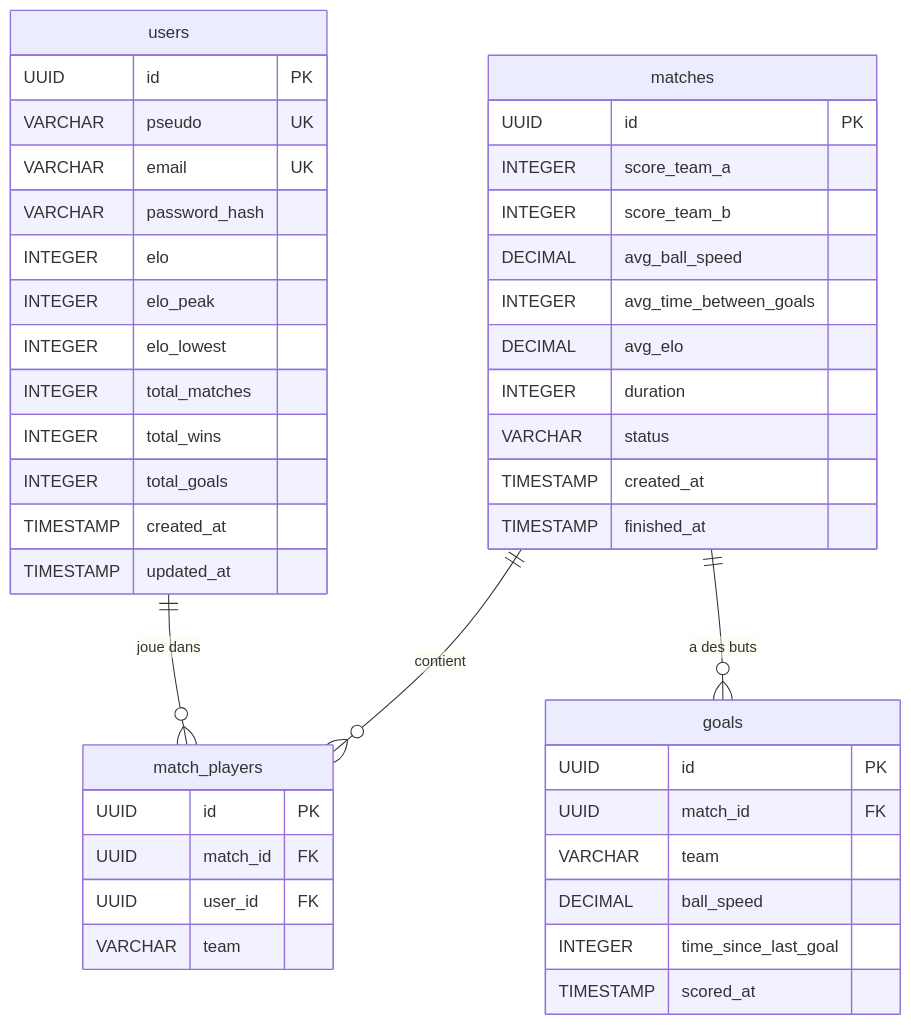
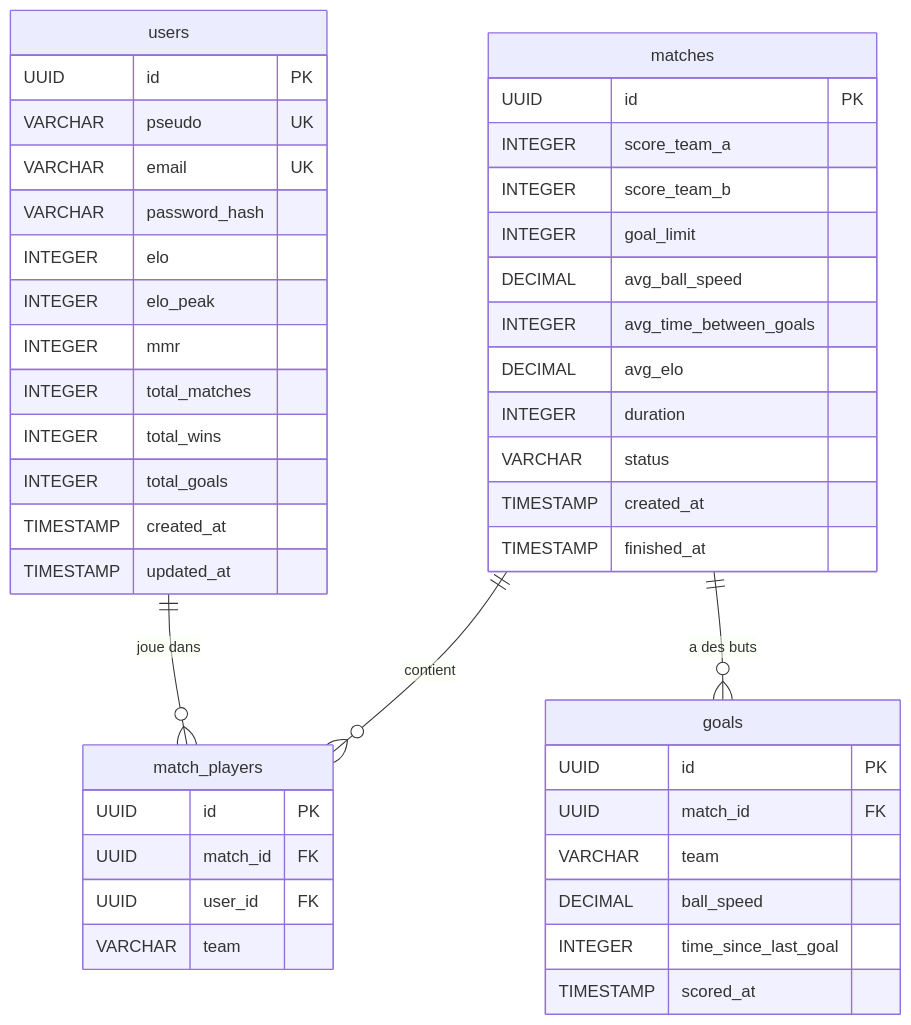
One commit to SemiSteria/BeeFootFlow_Back changed the diagram in database/schema.md. Above: the diagram before and after it, drawn with Mermaid. The commit also changed 2 other files, not shown here.

Commit message:
feat: ajout MMR, pic elo et limite 10 buts

````diff
--- a/database/schema.md
+++ b/database/schema.md
@@ -3,50 +3,51 @@
 ```mermaid
 erDiagram
     users {
         UUID id PK
         VARCHAR pseudo UK
         VARCHAR email UK
         VARCHAR password_hash
         INTEGER elo
         INTEGER elo_peak
-        INTEGER elo_lowest
+        INTEGER mmr
         INTEGER total_matches
         INTEGER total_wins
         INTEGER total_goals
         TIMESTAMP created_at
         TIMESTAMP updated_at
     }
 
     matches {
         UUID id PK
         INTEGER score_team_a
         INTEGER score_team_b
+        INTEGER goal_limit
         DECIMAL avg_ball_speed
         INTEGER avg_time_between_goals
         DECIMAL avg_elo
         INTEGER duration
         VARCHAR status
         TIMESTAMP created_at
         TIMESTAMP finished_at
     }
 
     match_players {
         UUID id PK
         UUID match_id FK
         UUID user_id FK
         VARCHAR team
     }
 
     goals {
         UUID id PK
         UUID match_id FK
         VARCHAR team
         DECIMAL ball_speed
         INTEGER time_since_last_goal
         TIMESTAMP scored_at
     }
 
     users ||--o{ match_players : "joue dans"
     matches ||--o{ match_players : "contient"
     matches ||--o{ goals : "a des buts"
 ```
````
